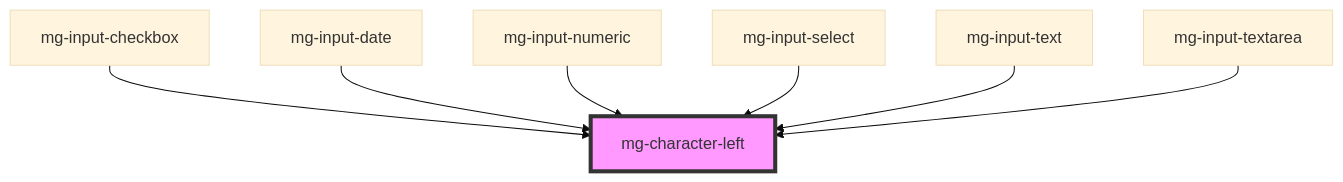
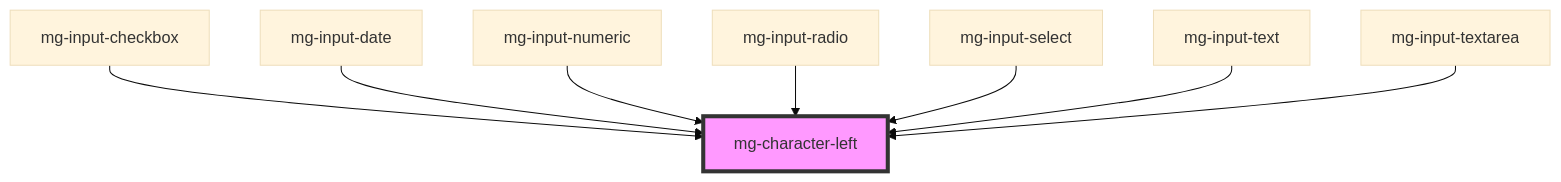
One commit to MGDIS/mg-components changed the diagram in src/components/atoms/mg-character-left/readme.md. Above: the diagram before and after it, drawn with Mermaid (base theme). The commit also changed other lines of this file and 23 other files, not shown here.

Commit message:
feat(mg-input-radio): init input radio: - [x] add style - [x] add component - [x] add stories - [x] update mg-input - [x] add disabled attributes to mg-input-select options - [x] edit mg-input-checkox tooltip space (= mg-input-radio space)

````diff
--- a/src/components/atoms/mg-character-left/readme.md
+++ b/src/components/atoms/mg-character-left/readme.md
@@ -30,10 +31,11 @@
 ```mermaid
 graph TD;
   mg-input-checkbox --> mg-character-left
   mg-input-date --> mg-character-left
   mg-input-numeric --> mg-character-left
+  mg-input-radio --> mg-character-left
   mg-input-select --> mg-character-left
   mg-input-text --> mg-character-left
   mg-input-textarea --> mg-character-left
   style mg-character-left fill:#f9f,stroke:#333,stroke-width:4px
 ```
````
